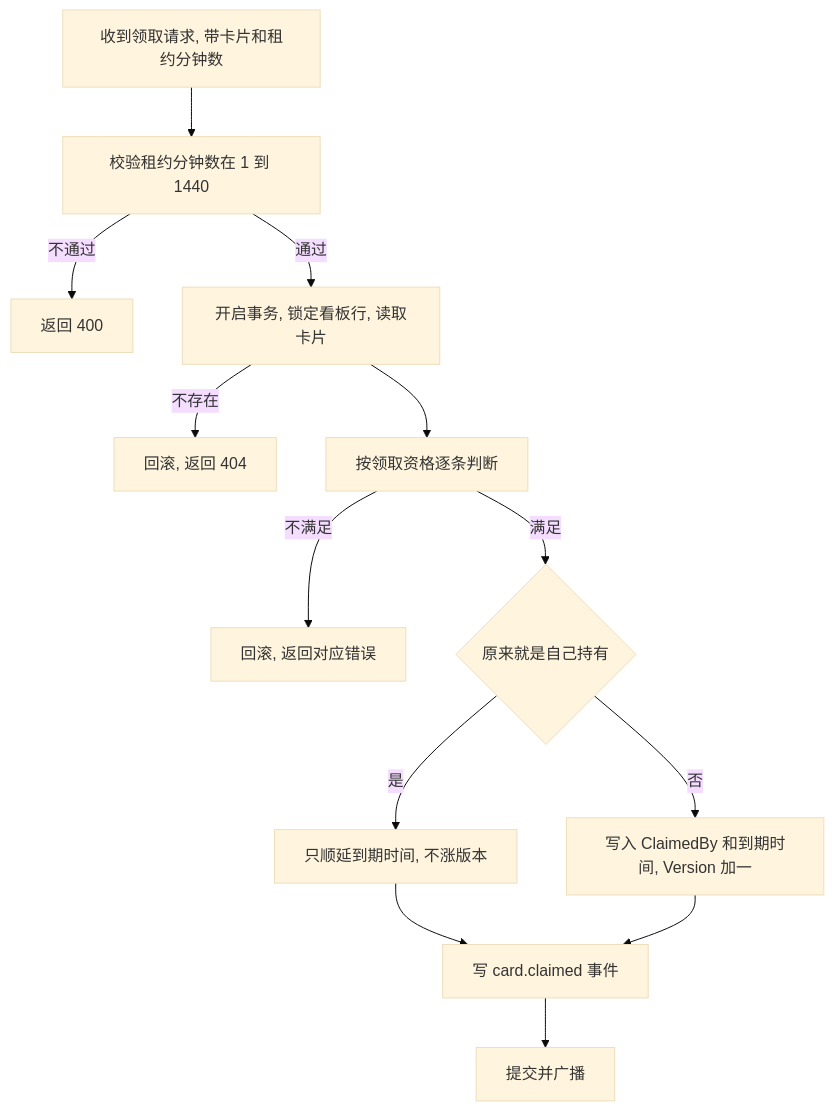
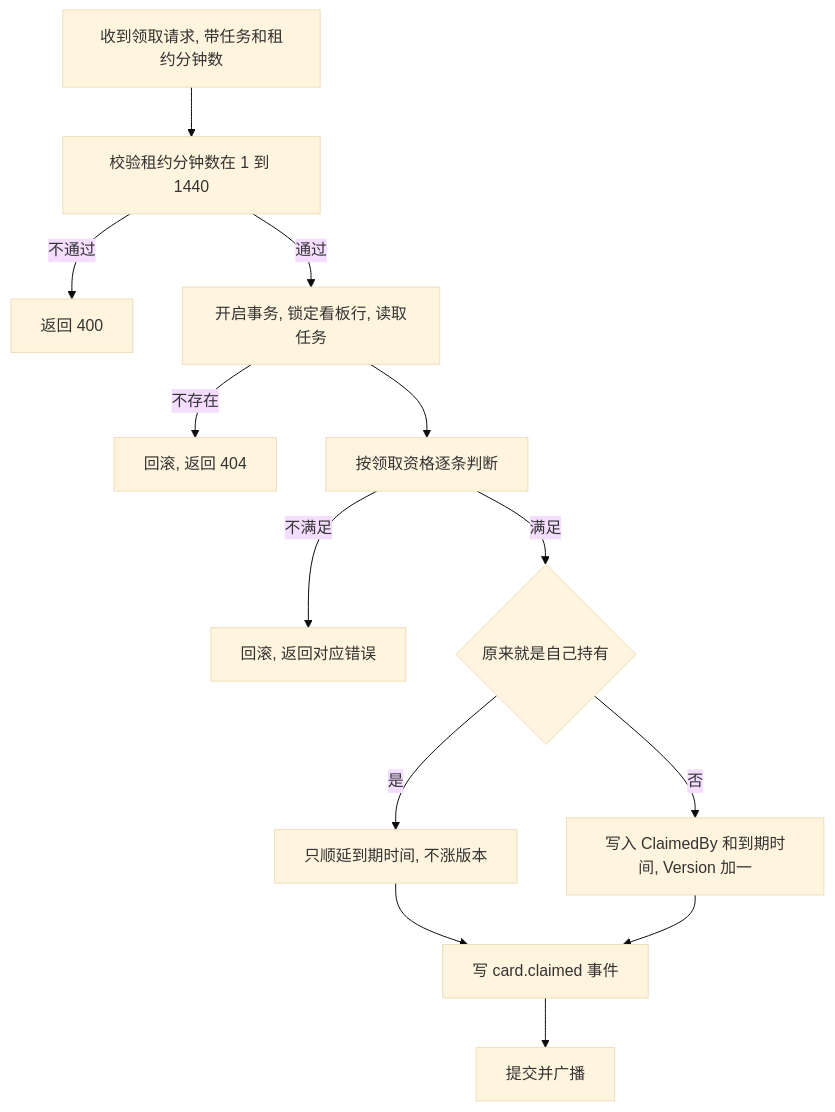
The second of 5 diagrams in .cursor/scopes/kanban.claim.go.md (ixugo/slate-kanban), drawn with Mermaid (base theme) before and after one commit. The commit also changed other lines of this file and 49 other files, not shown here.

````diff
--- a/.cursor/scopes/kanban.claim.go.md
+++ b/.cursor/scopes/kanban.claim.go.md
@@ -72,15 +72,15 @@
 ```mermaid
 flowchart TD
-    A[收到领取请求, 带卡片和租约分钟数] --> B[校验租约分钟数在 1 到 1440]
+    A[收到领取请求, 带任务和租约分钟数] --> B[校验租约分钟数在 1 到 1440]
     B -->|不通过| Z1[返回 400]
-    B -->|通过| C[开启事务, 锁定看板行, 读取卡片]
+    B -->|通过| C[开启事务, 锁定看板行, 读取任务]
     C -->|不存在| Z2[回滚, 返回 404]
     C --> D[按领取资格逐条判断]
     D -->|不满足| Z3[回滚, 返回对应错误]
     D -->|满足| E{原来就是自己持有}
     E -->|是| F[只顺延到期时间, 不涨版本]
     E -->|否| G[写入 ClaimedBy 和到期时间, Version 加一]
     F --> H[写 card.claimed 事件]
     G --> H
     H --> I[提交并广播]
 ```
````
